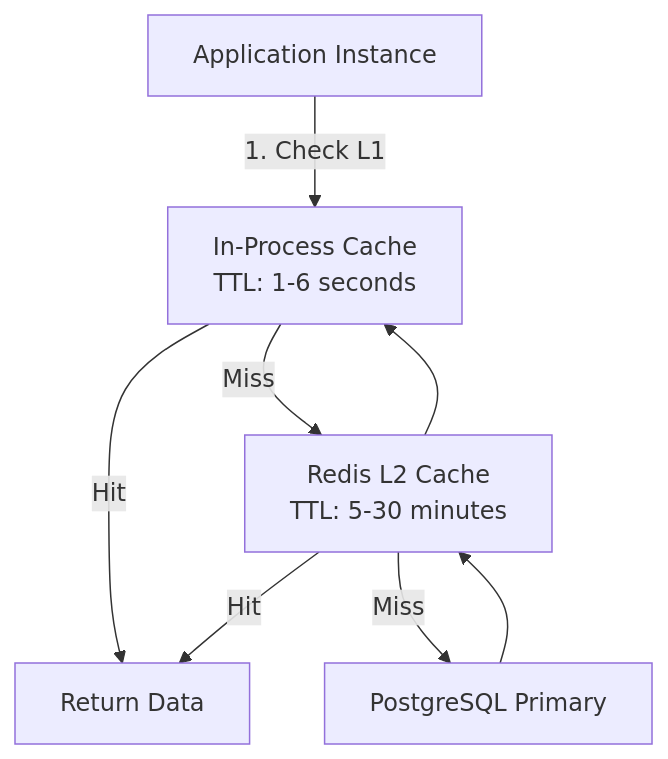
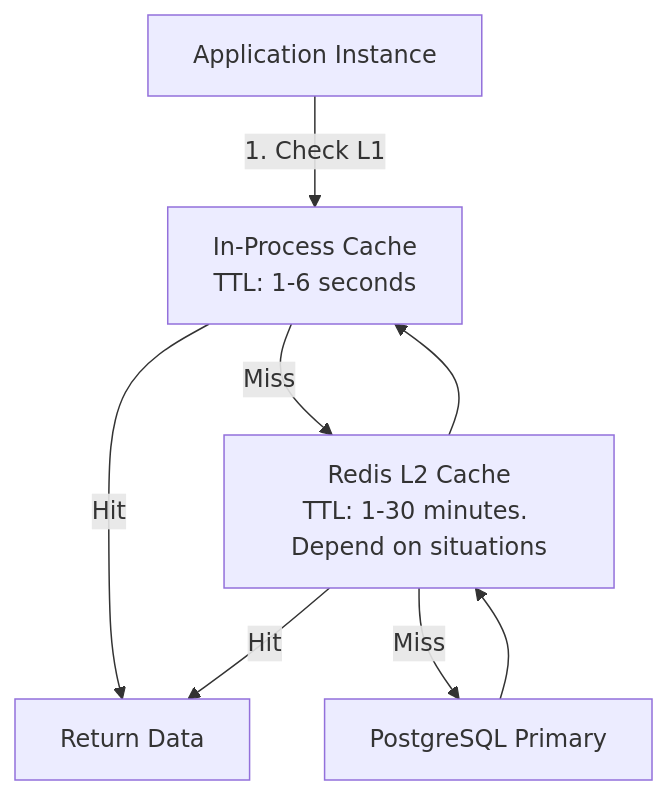
Before and after one commit to prothegee/fnbposai: the second of 2 diagrams in README.md, drawn with Mermaid. The commit also changed other lines of this file, not shown here.

First line of the commit message:
update: revisit design flowchart

````diff
--- a/README.md
+++ b/README.md
@@ -403,10 +405,10 @@
 ```mermaid
 flowchart TD
     App[Application Instance] -->|1. Check L1| L1[In-Process Cache<br>TTL: 1-6 seconds]
     L1 -->|Hit| Return[Return Data]
-    L1 -->|Miss| L2[Redis L2 Cache<br>TTL: 5-30 minutes]
+    L1 -->|Miss| L2[Redis L2 Cache<br>TTL: 1-30 minutes. Depend on situations]
     L2 -->|Hit| Return
     L2 -->|Miss| DB[PostgreSQL Primary]
     DB --> L2
     L2 --> L1
 ```
````
